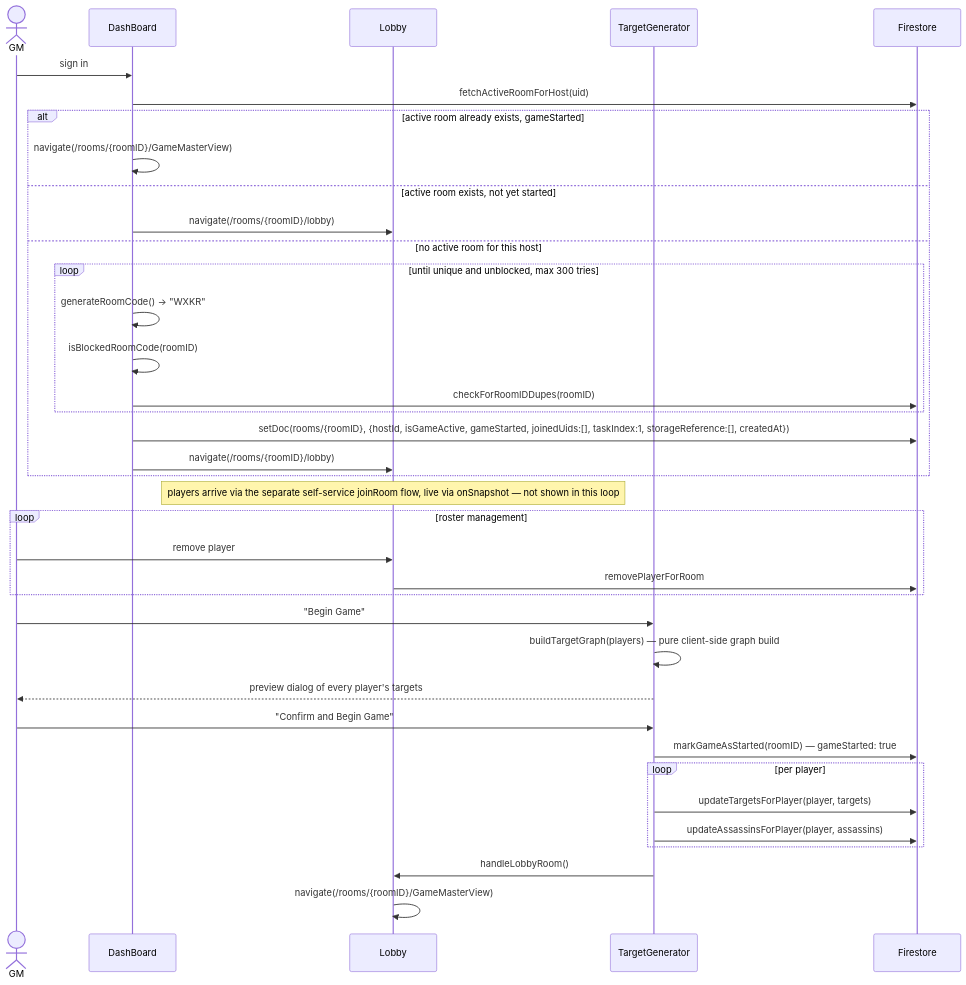
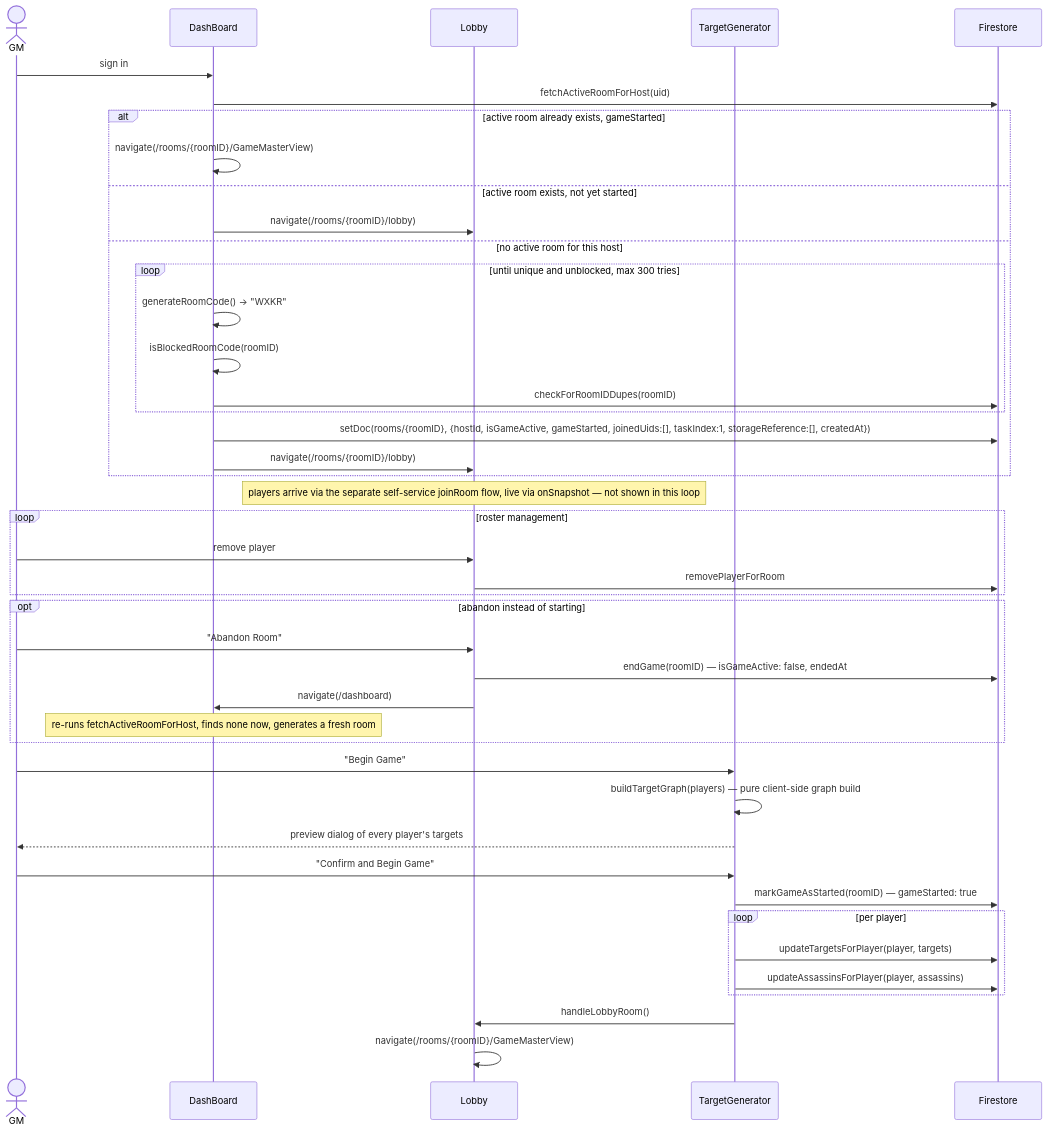
One commit to allenthebosscoder/mall-mystery-heroes changed the first of 6 diagrams in docs/game-flows.md. Above: the diagram before and after it, drawn with Mermaid. The commit also changed other lines of this file and 4 other files, not shown here.

First line of the commit message:
Add an Abandon Room button to the Lobby screen

````diff
--- a/docs/game-flows.md
+++ b/docs/game-flows.md
@@ -13,42 +13,49 @@
 ```mermaid
 sequenceDiagram
     actor GM
     participant DB as DashBoard
     participant Lobby
     participant TG as TargetGenerator
     participant FS as Firestore
 
     GM->>DB: sign in
     DB->>FS: fetchActiveRoomForHost(uid)
     alt active room already exists, gameStarted
         DB->>DB: navigate(/rooms/{roomID}/GameMasterView)
     else active room exists, not yet started
         DB->>Lobby: navigate(/rooms/{roomID}/lobby)
     else no active room for this host
         loop until unique and unblocked, max 300 tries
             DB->>DB: generateRoomCode() → "WXKR"
             DB->>DB: isBlockedRoomCode(roomID)
             DB->>FS: checkForRoomIDDupes(roomID)
         end
         DB->>FS: setDoc(rooms/{roomID}, {hostId, isGameActive, gameStarted, joinedUids:[], taskIndex:1, storageReference:[], createdAt})
         DB->>Lobby: navigate(/rooms/{roomID}/lobby)
     end
 
     Note over Lobby: players arrive via the separate self-service joinRoom flow, live via onSnapshot — not shown in this loop
     loop roster management
         GM->>Lobby: remove player
         Lobby->>FS: removePlayerForRoom
     end
 
+    opt abandon instead of starting
+        GM->>Lobby: "Abandon Room"
+        Lobby->>FS: endGame(roomID) — isGameActive: false, endedAt
+        Lobby->>DB: navigate(/dashboard)
+        Note over DB: re-runs fetchActiveRoomForHost, finds none now, generates a fresh room
+    end
+
     GM->>TG: "Begin Game"
     TG->>TG: buildTargetGraph(players) — pure client-side graph build
     TG-->>GM: preview dialog of every player's targets
     GM->>TG: "Confirm and Begin Game"
     TG->>FS: markGameAsStarted(roomID) — gameStarted: true
     loop per player
         TG->>FS: updateTargetsForPlayer(player, targets)
         TG->>FS: updateAssassinsForPlayer(player, assassins)
     end
     TG->>Lobby: handleLobbyRoom()
     Lobby->>Lobby: navigate(/rooms/{roomID}/GameMasterView)
 ```
````
